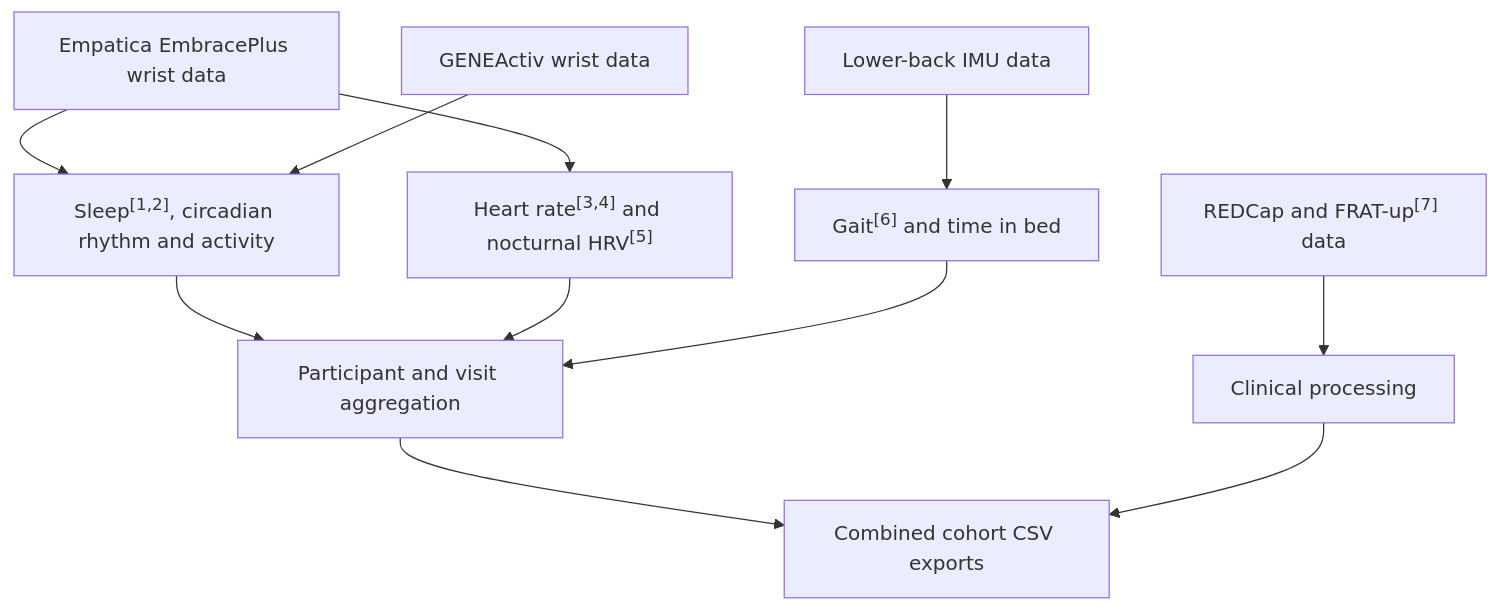
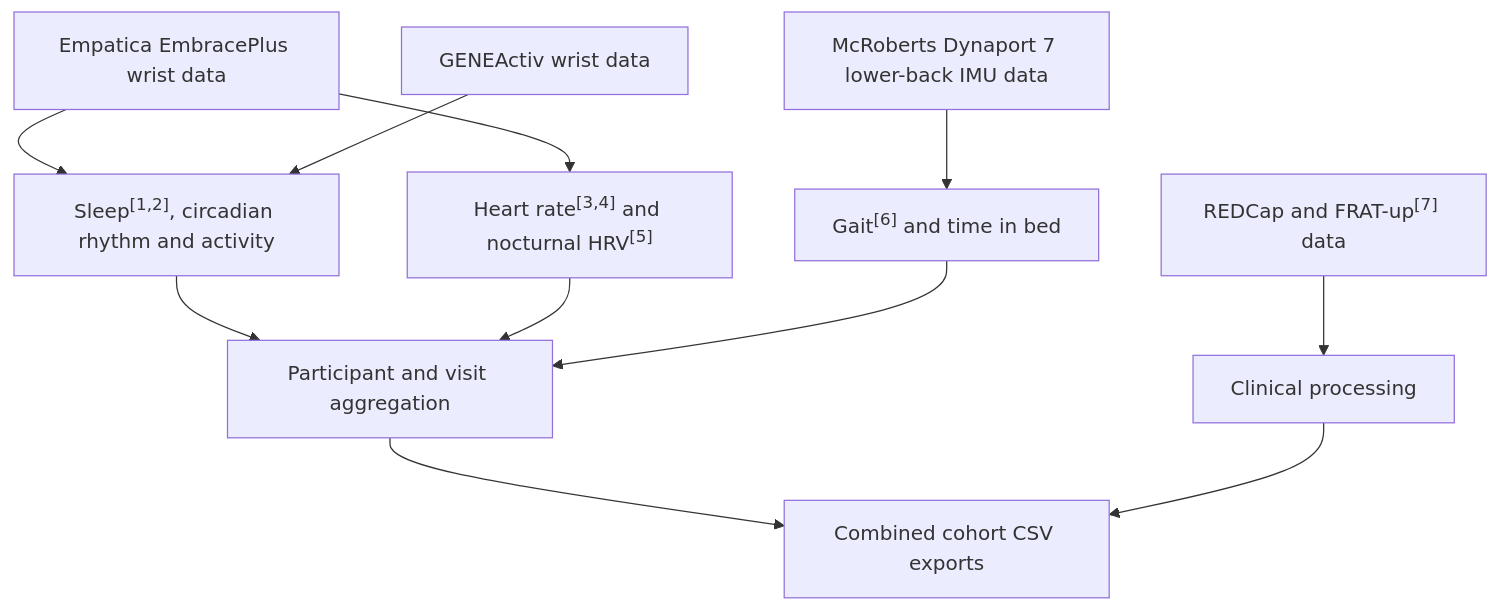
The diagram in README.md (marcellosicbaldi/DARE-wearable-pipelines), drawn with Mermaid before and after one commit. The commit also changed other lines of this file and 2 other files, not shown here.

Commit message:
Name McRoberts Dynaport 7 in sensor documentation

````diff
--- a/README.md
+++ b/README.md
@@ -25,13 +25,13 @@
 ```mermaid
 flowchart TD
     EMP["Empatica EmbracePlus wrist data"] --> WRIST["Sleep<sup>[1,2]</sup>, circadian rhythm and activity"]
     GEN["GENEActiv wrist data"] --> WRIST
     EMP --> CARDIO["Heart rate<sup>[3,4]</sup> and nocturnal HRV<sup>[5]</sup>"]
-    IMU["Lower-back IMU data"] --> GAIT["Gait<sup>[6]</sup> and time in bed"]
+    IMU["McRoberts Dynaport 7 lower-back IMU data"] --> GAIT["Gait<sup>[6]</sup> and time in bed"]
     WRIST --> AGG["Participant and visit aggregation"]
     CARDIO --> AGG
     GAIT --> AGG
     CLINICAL["REDCap and FRAT-up<sup>[7]</sup> data"] --> CLIN["Clinical processing"]
     AGG --> EXPORT["Combined cohort CSV exports"]
     CLIN --> EXPORT
 ```
````
